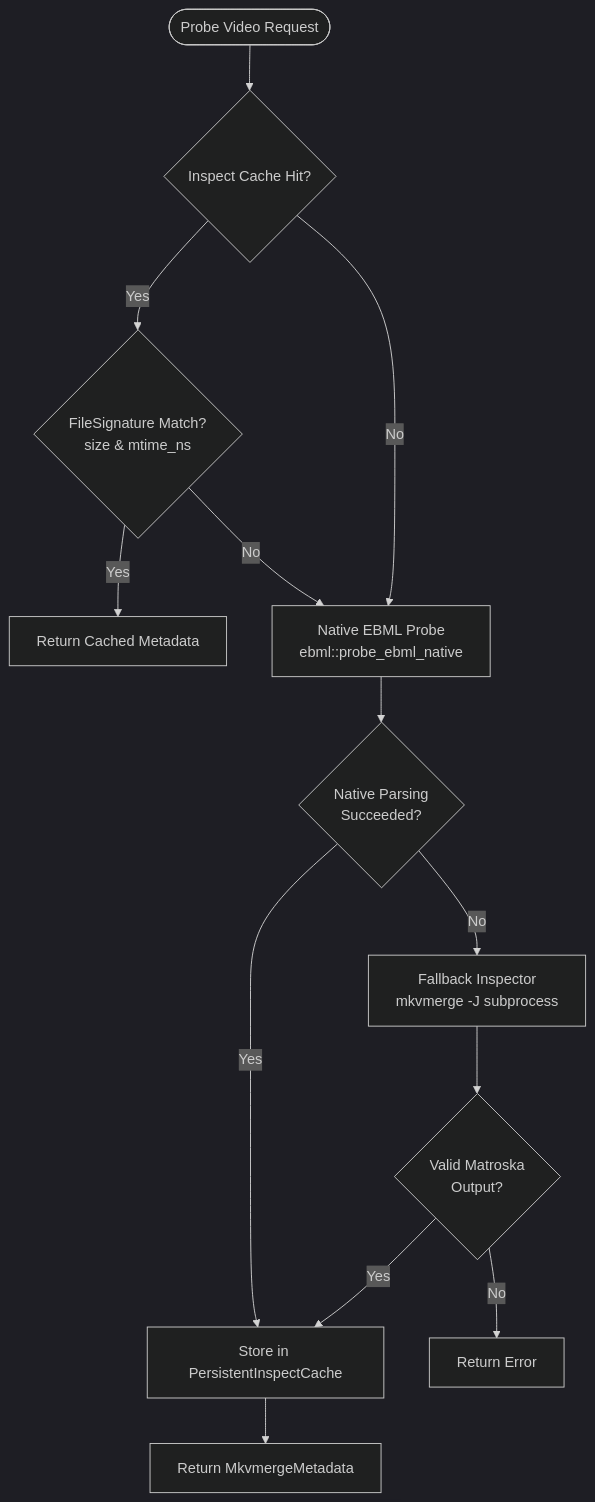
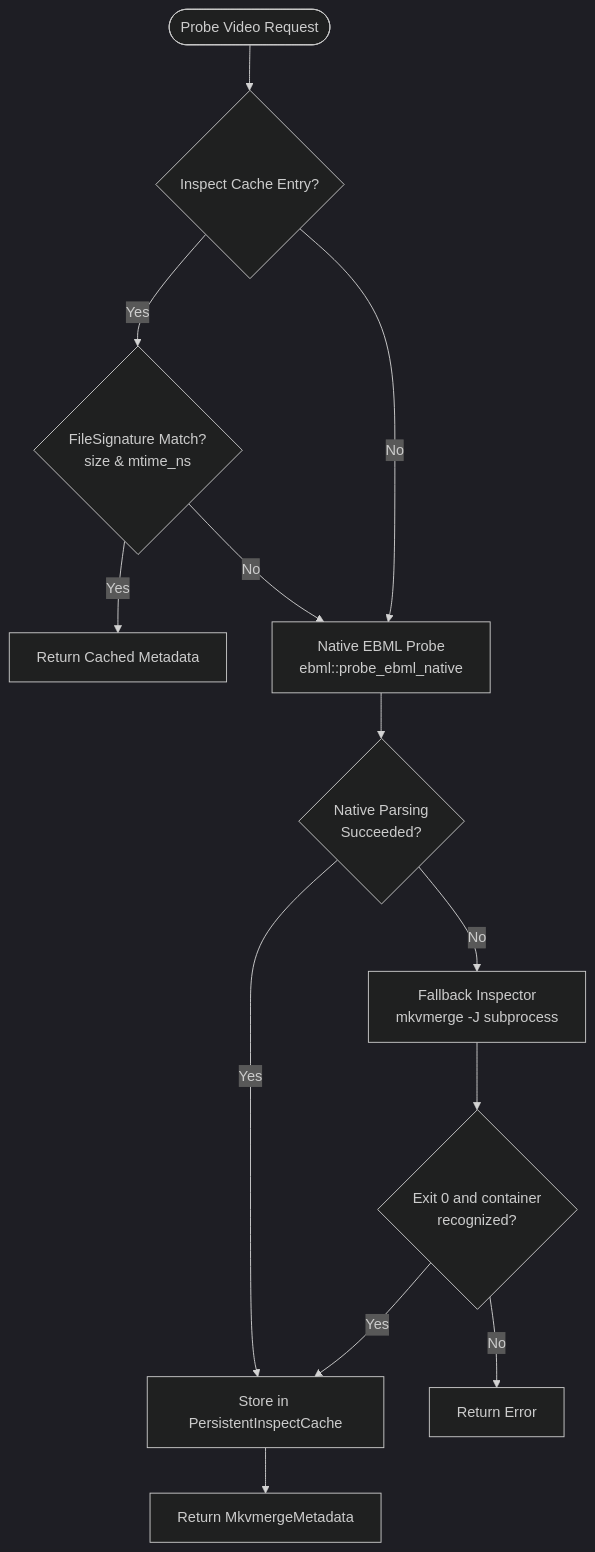
One commit to Si-Forces/mkvanimebatch changed the second of 8 diagrams in architecture.md. Above: the diagram before and after it, drawn with Mermaid (dark theme). The commit also changed other lines of this file and 78 other files, not shown here.

````diff
--- a/architecture.md
+++ b/architecture.md
@@ -171,18 +175,18 @@
 ```mermaid
 flowchart TD
-    Start([Probe Video Request]) --> CacheCheck{Inspect Cache Hit?}
+    Start([Probe Video Request]) --> CacheCheck{Inspect Cache Entry?}
     CacheCheck -- Yes --> ValidateSig{FileSignature Match?\nsize & mtime_ns}
     ValidateSig -- Yes --> ReturnCache[Return Cached Metadata]
     ValidateSig -- No --> NativeProbe[Native EBML Probe\nebml::probe_ebml_native]
     CacheCheck -- No --> NativeProbe
 
     NativeProbe --> CheckSuccess{Native Parsing\nSucceeded?}
     CheckSuccess -- Yes --> StoreCache[Store in PersistentInspectCache]
     CheckSuccess -- No --> Fallback[Fallback Inspector\nmkvmerge -J subprocess]
 
-    Fallback --> CheckMKS{Valid Matroska\nOutput?}
+    Fallback --> CheckMKS{Exit 0 and container\nrecognized?}
     CheckMKS -- Yes --> StoreCache
     CheckMKS -- No --> ReturnErr[Return Error]
 
     StoreCache --> ReturnMeta[Return MkvmergeMetadata]
 ```
````
